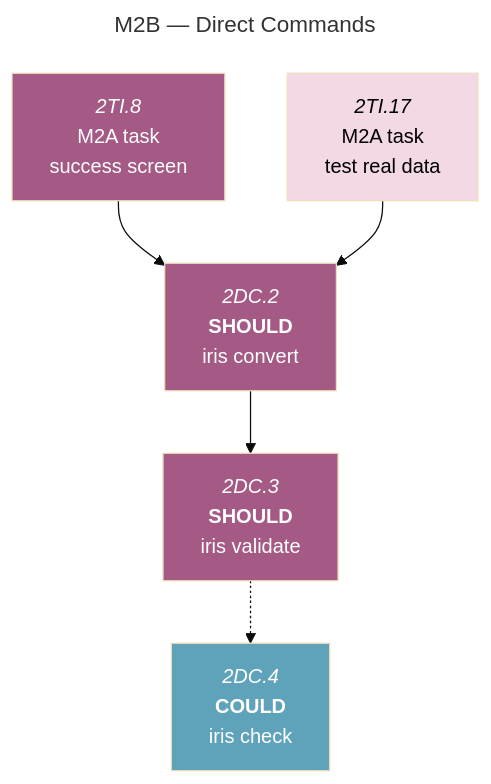
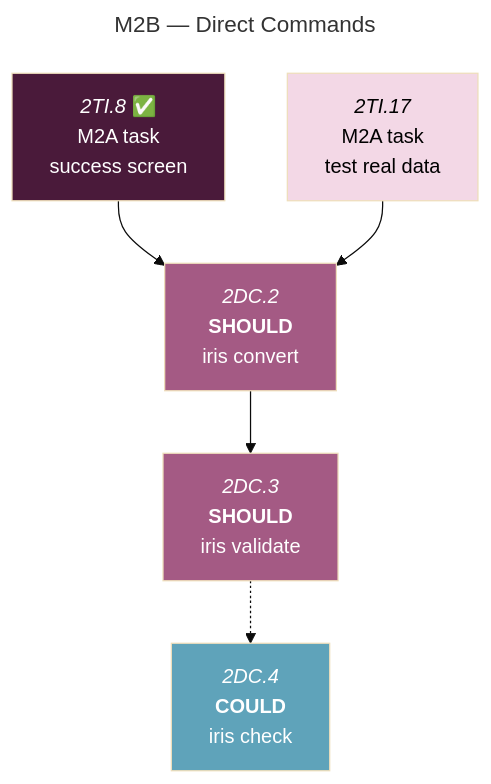
Before and after one commit to foundersandcoders/iris: the third of 5 diagrams in docs/roadmaps/phase-1-mvp-features.md, drawn with Mermaid (base theme). The commit also changed other lines of this file, not shown here.

Commit message:
docs: add fixes to roadmap

````diff
--- a/docs/roadmaps/phase-1-mvp-features.md
+++ b/docs/roadmaps/phase-1-mvp-features.md
@@ -195,25 +215,26 @@
 ```mermaid
 ---
 title: M2B — Direct Commands
 ---
 graph TD
 
-2TI.8["`*2TI.8*<br/>M2A task<br/>success screen`"]:::should-blocked
+2TI.8["`*2TI.8* ✅<br/>M2A task<br/>success screen`"]:::should-done
 2TI.17["`*2TI.17*<br/>M2A task<br/>test real data`"]:::must-blocked
 
 2TI.8 & 2TI.17 --> 2DC.2
 
 2DC.2["`*2DC.2*<br/>**SHOULD**<br/>iris convert`"]:::should-blocked --> 2DC.3
 2DC.3["`*2DC.3*<br/>**SHOULD**<br/>iris validate`"]:::should-blocked -.-> 2DC.4
 
 2DC.4["`*2DC.4*<br/>**COULD**<br/>iris check`"]:::could-blocked
 
 classDef must-done fill:#8B5A7D,color:#fff;
 classDef must-open fill:#D6A3BF,color:#000;
 classDef must-blocked fill:#F3D8E6,color:#000;
+classDef should-done fill:#4A1A3A,color:#fff;
 classDef should-open fill:#6F2A52,color:#fff;
 classDef should-blocked fill:#A45A84,color:#fff;
 classDef could-open fill:#3E7F96,color:#fff;
 classDef could-blocked fill:#5FA3BA,color:#fff;
 classDef mile fill:#E8EFF6,color:#000;
 ```
````
